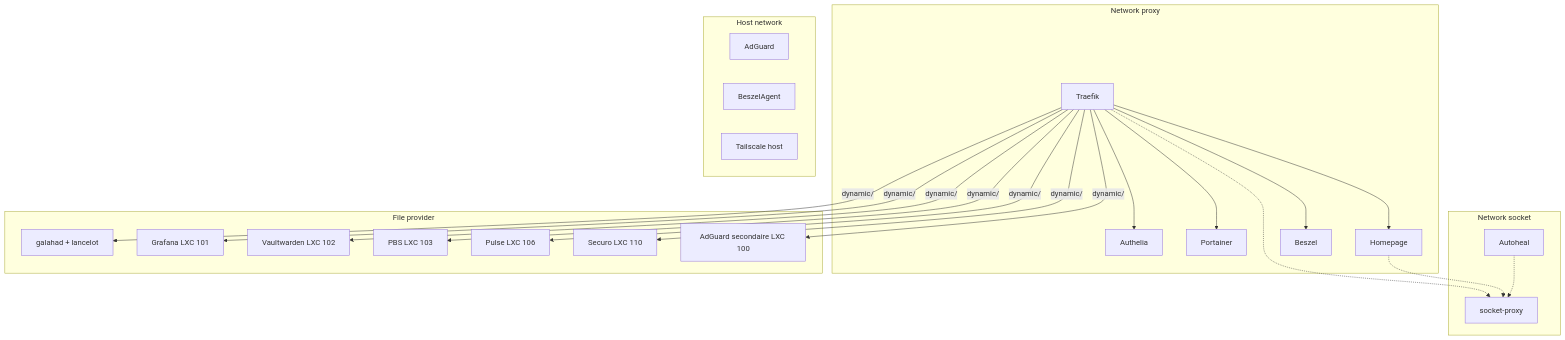
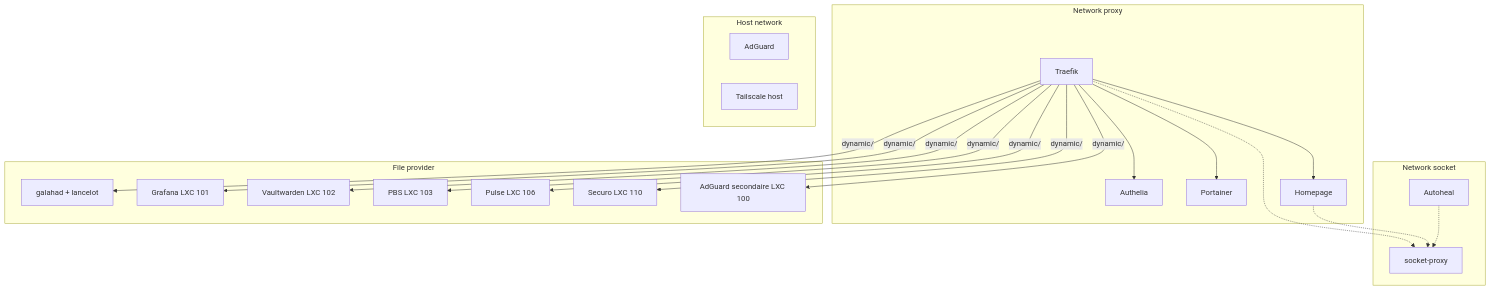
Before and after one commit to GabinSMD/homelab-doc: the diagram in docs/services/index.md, drawn with Mermaid. The commit also changed other lines of this file and 2 other files, not shown here.

First line of the commit message:
docs(beszel): service retire le 2026-11-03

````diff
--- a/docs/services/index.md
+++ b/docs/services/index.md
@@ -110,32 +110,30 @@
 ```mermaid
 graph TB
     subgraph Network proxy
         Traefik --> Authelia
         Traefik --> Portainer
         Traefik --> Homepage
-        Traefik --> Beszel
     end
 
     subgraph Network socket
         SP[socket-proxy]
         Traefik -.-> SP
         Homepage -.-> SP
         Autoheal -.-> SP
     end
 
     subgraph Host network
         AdGuard
-        BeszelAgent
         Tailscale[Tailscale host]
     end
 
     subgraph File provider
         Traefik -->|dynamic/| PVE[galahad + lancelot]
         Traefik -->|dynamic/| Logs[Grafana LXC 101]
         Traefik -->|dynamic/| Vault[Vaultwarden LXC 102]
         Traefik -->|dynamic/| PBS[PBS LXC 103]
         Traefik -->|dynamic/| Pulse[Pulse LXC 106]
         Traefik -->|dynamic/| Securo[Securo LXC 110]
         Traefik -->|dynamic/| DnsFO[AdGuard secondaire LXC 100]
     end
 ```
````
